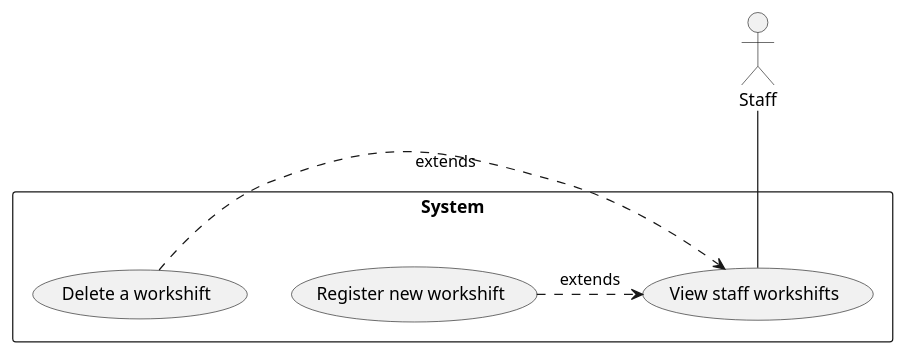
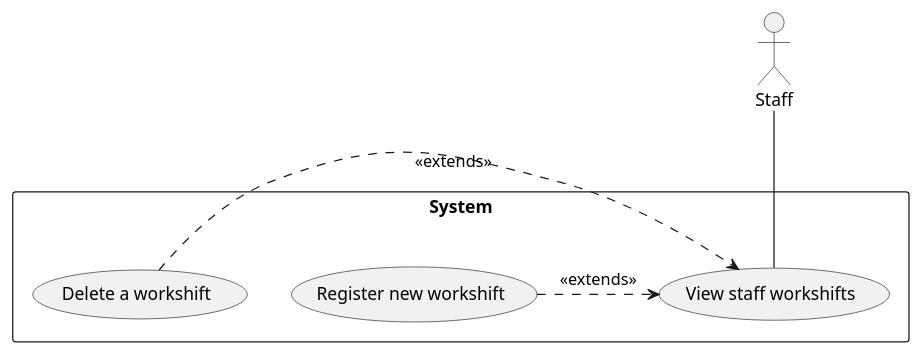
The diagram in docs/UML/Usecase Diagrams/view-staff-workshifts.pu (LapTQ/MCT), drawn with PlantUML before and after one commit. The commit also changed 10 other files, not shown here.

```diff
--- a/docs/UML/Usecase Diagrams/view-staff-workshifts.pu
+++ b/docs/UML/Usecase Diagrams/view-staff-workshifts.pu
@@ -1,16 +1,16 @@
 @startuml
 
 :Staff: as Staff
 
 rectangle System {
     (View staff workshifts) as UC08
     (Register new workshift) as UC14
     (Delete a workshift) as UC15
 }
 
 Staff -- UC08
 
-UC14 .> UC08: extends
-UC15 .> UC08: extends
+UC14 .> UC08: <<extends>>
+UC15 .> UC08: <<extends>>
 
 @enduml
```
